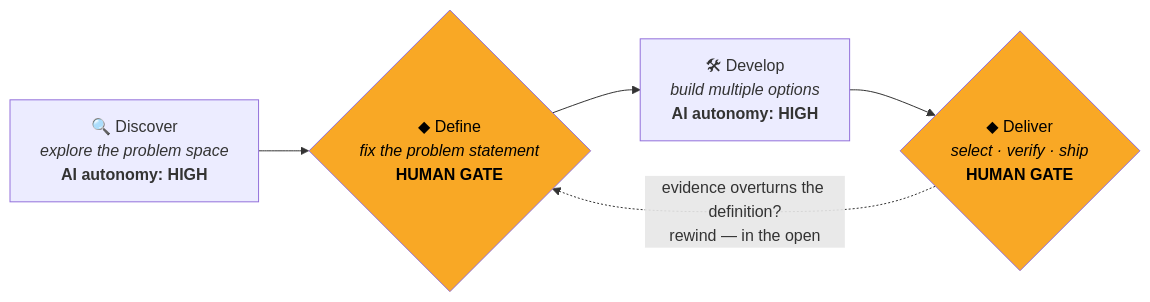
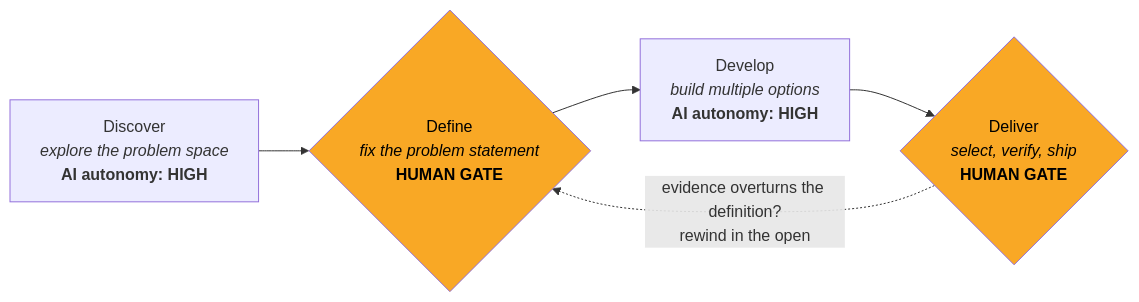
The diagram in README.md (sangwonkim98/double-diamond-harness), drawn with Mermaid before and after one commit. The commit also changed other lines of this file, not shown here.

````diff
--- a/README.md
+++ b/README.md
@@ -24,11 +15,11 @@
 ```mermaid
 flowchart LR
-    A["🔍 Discover<br/><i>explore the problem space</i><br/><b>AI autonomy: HIGH</b>"]
-    B{"◆ Define<br/><i>fix the problem statement</i><br/><b>HUMAN GATE</b>"}
-    C["🛠 Develop<br/><i>build multiple options</i><br/><b>AI autonomy: HIGH</b>"]
-    D{"◆ Deliver<br/><i>select · verify · ship</i><br/><b>HUMAN GATE</b>"}
+    A["Discover<br/><i>explore the problem space</i><br/><b>AI autonomy: HIGH</b>"]
+    B{"Define<br/><i>fix the problem statement</i><br/><b>HUMAN GATE</b>"}
+    C["Develop<br/><i>build multiple options</i><br/><b>AI autonomy: HIGH</b>"]
+    D{"Deliver<br/><i>select, verify, ship</i><br/><b>HUMAN GATE</b>"}
     A --> B --> C --> D
-    D -. "evidence overturns the definition?<br/>rewind — in the open" .-> B
+    D -. "evidence overturns the definition?<br/>rewind in the open" .-> B
     style B fill:#f9a825,color:#000
     style D fill:#f9a825,color:#000
 ```
````
